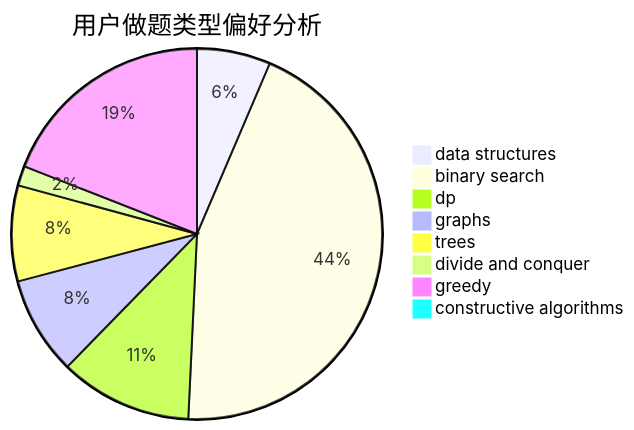
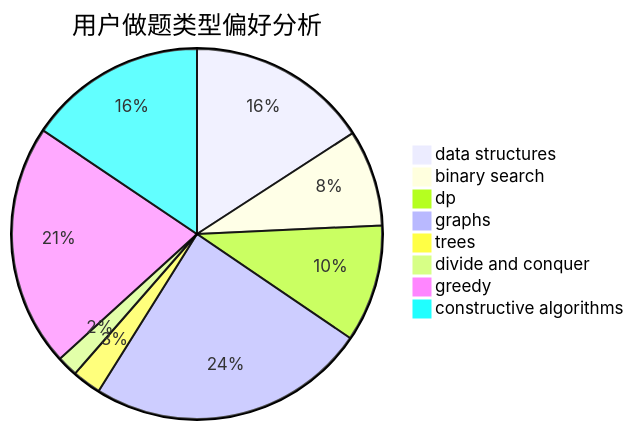
Before and after one commit to sherpahu/cfrs.github.io: the second of 3 diagrams in docs/user/u1636.md, drawn with Mermaid. The commit also changed other lines of this file and 2770 other files, not shown here.

````diff
--- a/docs/user/u1636.md
+++ b/docs/user/u1636.md
@@ -23,11 +23,11 @@
 ```mermaid
 pie title 用户做题类型偏好分析
-    "data structures" :  30
-    "binary search" :  207
-    "dp" :  54
-    "graphs" :  40
-    "trees" :  39
-    "divide and conquer" :  8
-    "greedy" :  89
-    "constructive algorithms" :  4
+    "data structures" :  113
+    "binary search" :  60
+    "dp" :  73
+    "graphs" :  174
+    "trees" :  18
+    "divide and conquer" :  13
+    "greedy" :  151
+    "constructive algorithms" :  111
 ```
````
